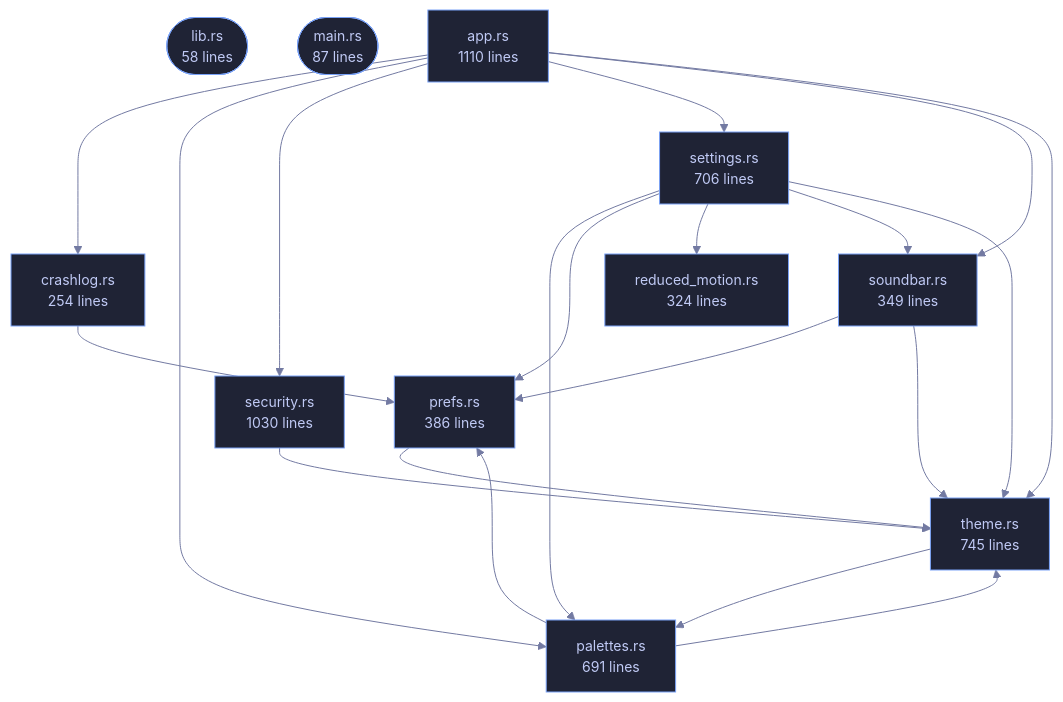
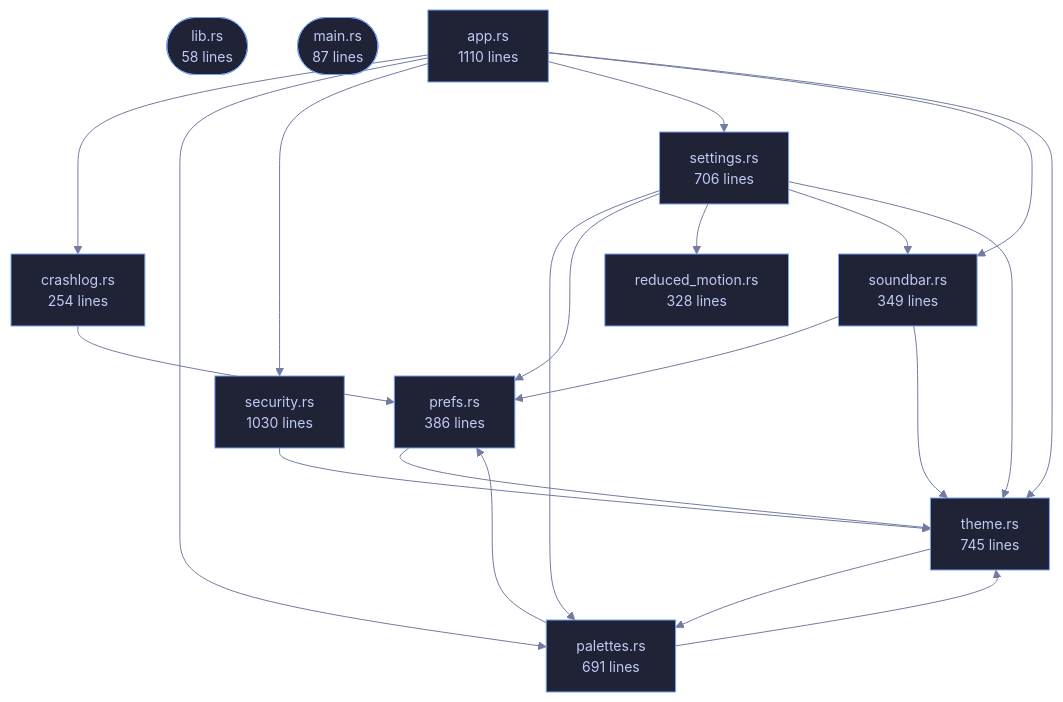
One commit to tilas01/veilvoice changed the diagram in crates/veilvoice-gui/README.md. Above: the diagram before and after it, drawn with Mermaid. The commit also changed other lines of this file and 21 other files, not shown here.

````diff
--- a/crates/veilvoice-gui/README.md
+++ b/crates/veilvoice-gui/README.md
@@ -71,34 +71,34 @@
 ```mermaid
 %%{init: {"theme":"base","themeVariables":{"background":"#1a1b26","primaryColor":"#1f2335","primaryTextColor":"#c0caf5","primaryBorderColor":"#7aa2f7","secondaryColor":"#16161e","tertiaryColor":"#16161e","lineColor":"#737aa2","textColor":"#c0caf5","mainBkg":"#1f2335","nodeBorder":"#7aa2f7","clusterBkg":"#16161e","clusterBorder":"#2f3549","fontFamily":"ui-monospace, SFMono-Regular, Consolas, monospace","fontSize":"14px"}}}%%
 flowchart TD
     n_lib(["lib.rs<br/>58 lines"])
     n_main(["main.rs<br/>87 lines"])
     n_app["app.rs<br/>1110 lines"]
     n_crashlog["crashlog.rs<br/>254 lines"]
     n_palettes["palettes.rs<br/>691 lines"]
     n_prefs["prefs.rs<br/>386 lines"]
-    n_reduced_motion["reduced_motion.rs<br/>324 lines"]
+    n_reduced_motion["reduced_motion.rs<br/>328 lines"]
     n_security["security.rs<br/>1030 lines"]
     n_settings["settings.rs<br/>706 lines"]
     n_soundbar["soundbar.rs<br/>349 lines"]
     n_theme["theme.rs<br/>745 lines"]
     n_app --> n_crashlog
     n_app --> n_palettes
     n_app --> n_security
     n_app --> n_settings
     n_app --> n_soundbar
     n_app --> n_theme
     n_crashlog --> n_prefs
     n_palettes --> n_prefs
     n_palettes --> n_theme
     n_prefs --> n_theme
     n_security --> n_theme
     n_settings --> n_palettes
     n_settings --> n_prefs
     n_settings --> n_reduced_motion
     n_settings --> n_soundbar
     n_settings --> n_theme
     n_soundbar --> n_prefs
     n_soundbar --> n_theme
     n_theme --> n_palettes
 ```
````
